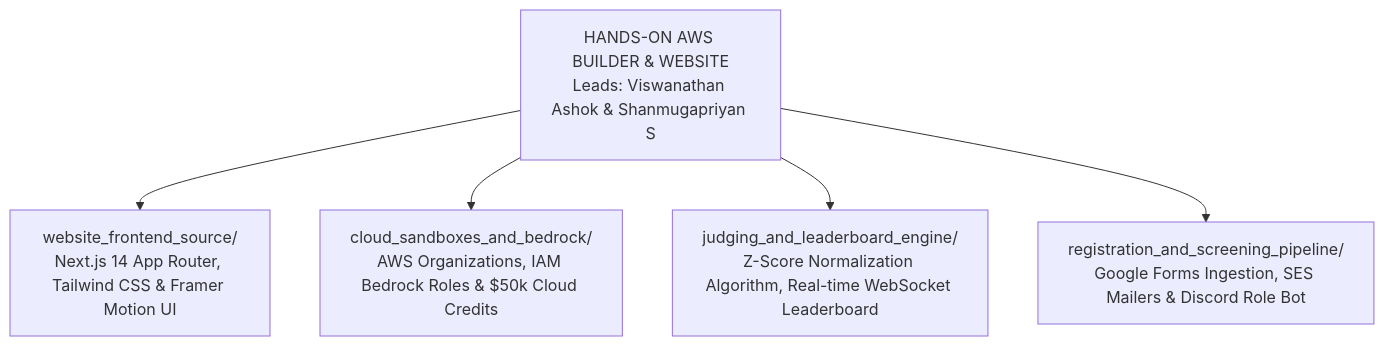
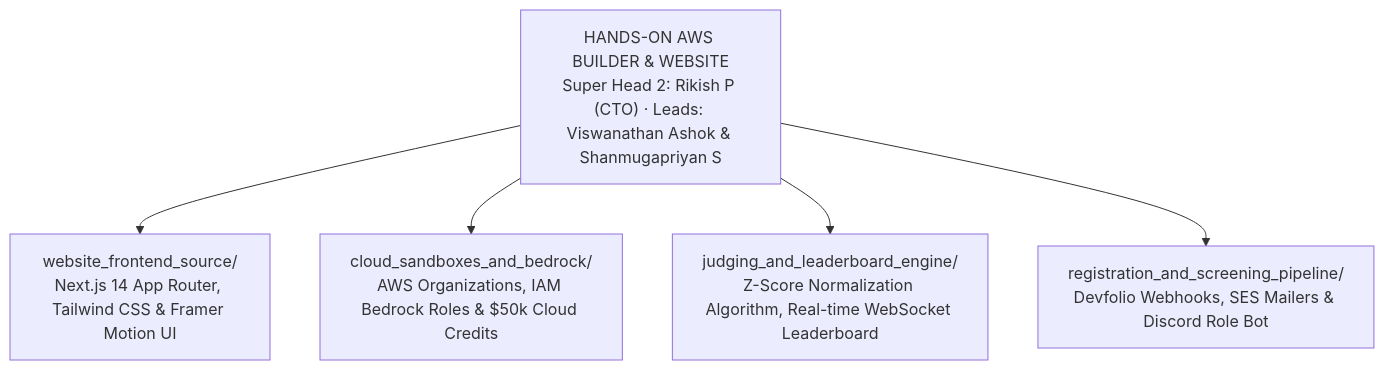
One commit to MasterZ1311/Kairos changed the diagram in teams/05_hands_on_aws_builder_and_website/README.md. Above: the diagram before and after it, drawn with Mermaid. The commit also changed other lines of this file and 100 other files, not shown here.

````diff
--- a/teams/05_hands_on_aws_builder_and_website/README.md
+++ b/teams/05_hands_on_aws_builder_and_website/README.md
@@ -15,9 +19,9 @@
 ```mermaid
 graph TD
-    ENG["HANDS-ON AWS BUILDER & WEBSITE<br/>Leads: Viswanathan Ashok & Shanmugapriyan S"]
+    ENG["HANDS-ON AWS BUILDER & WEBSITE<br/>Super Head 2: Rikish P (CTO) · Leads: Viswanathan Ashok & Shanmugapriyan S"]
     
     ENG --> E1["website_frontend_source/<br/>Next.js 14 App Router, Tailwind CSS & Framer Motion UI"]
     ENG --> E2["cloud_sandboxes_and_bedrock/<br/>AWS Organizations, IAM Bedrock Roles & $50k Cloud Credits"]
     ENG --> E3["judging_and_leaderboard_engine/<br/>Z-Score Normalization Algorithm, Real-time WebSocket Leaderboard"]
-    ENG --> E4["registration_and_screening_pipeline/<br/>Google Forms Ingestion, SES Mailers & Discord Role Bot"]
+    ENG --> E4["registration_and_screening_pipeline/<br/>Devfolio Webhooks, SES Mailers & Discord Role Bot"]
 ```
````
